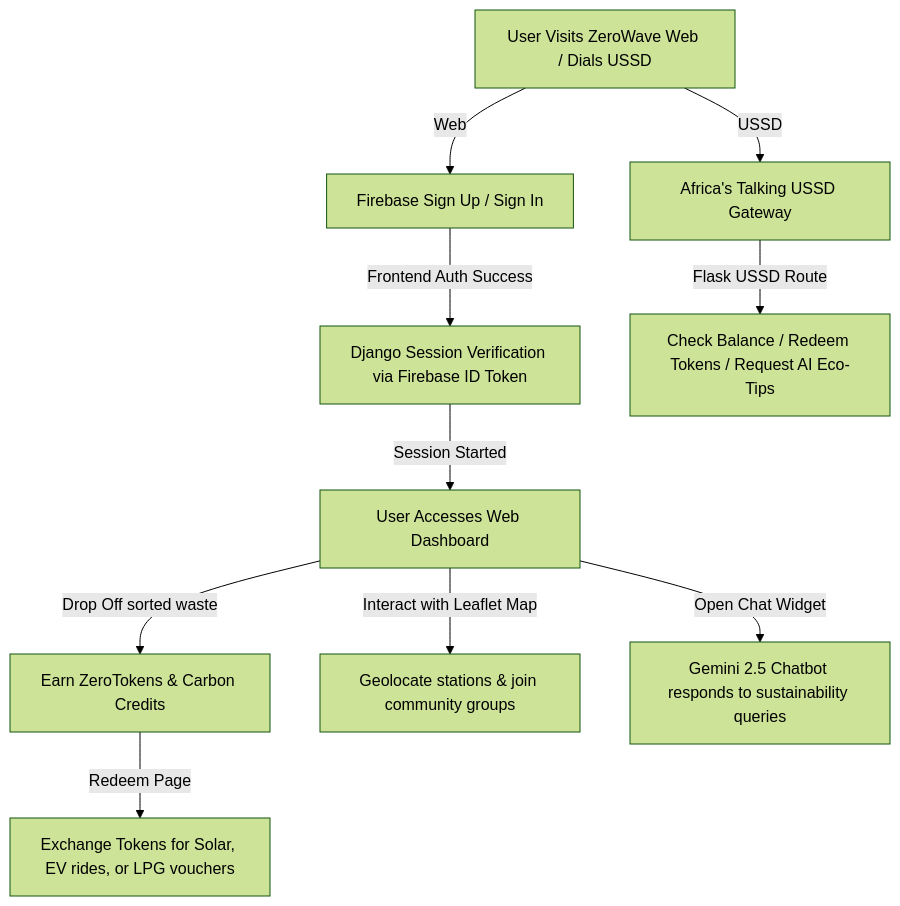
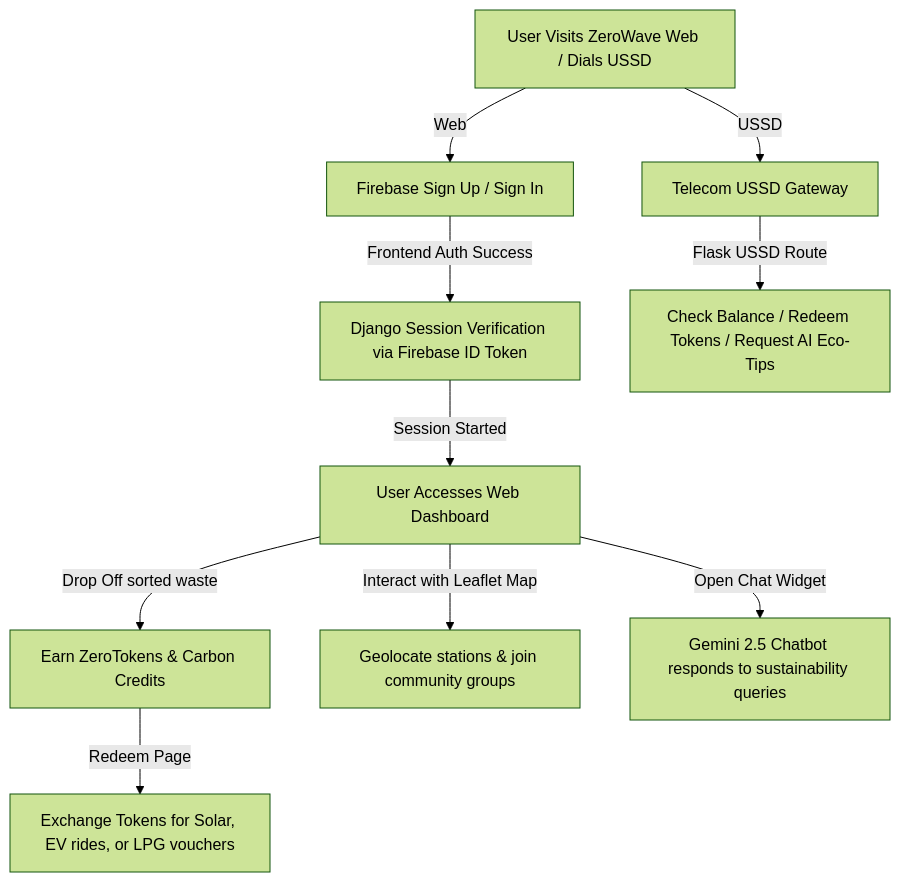
One commit to mcsb25032006/ZeroWave_GitHub changed the first of 2 diagrams in README.md. Above: the diagram before and after it, drawn with Mermaid (forest theme). The commit also changed other lines of this file and 2 other files, not shown here.

````diff
--- a/README.md
+++ b/README.md
@@ -38,12 +38,12 @@
 ```mermaid
 graph TD
     A[User Visits ZeroWave Web / Dials USSD] -->|Web| B[Firebase Sign Up / Sign In]
-    A -->|USSD| C[Africa's Talking USSD Gateway]
+    A -->|USSD| C[Telecom USSD Gateway]
     B -->|Frontend Auth Success| D[Django Session Verification via Firebase ID Token]
     D -->|Session Started| E[User Accesses Web Dashboard]
     C -->|Flask USSD Route| F[Check Balance / Redeem Tokens / Request AI Eco-Tips]
     E -->|Drop Off sorted waste| G[Earn ZeroTokens & Carbon Credits]
     E -->|Interact with Leaflet Map| H[Geolocate stations & join community groups]
     E -->|Open Chat Widget| I[Gemini 2.5 Chatbot responds to sustainability queries]
     G -->|Redeem Page| J[Exchange Tokens for Solar, EV rides, or LPG vouchers]
 ```
````
